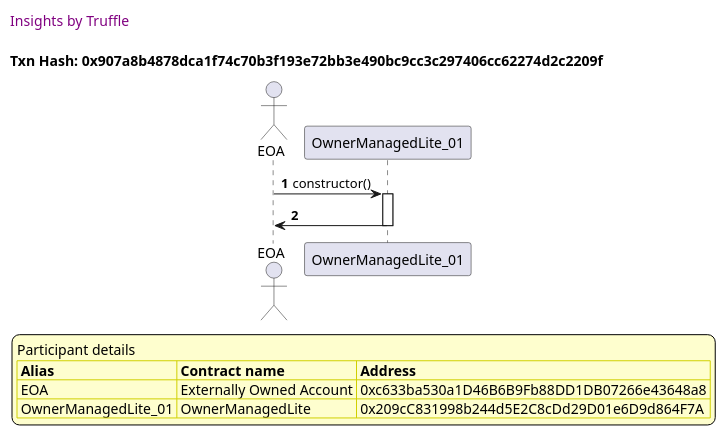
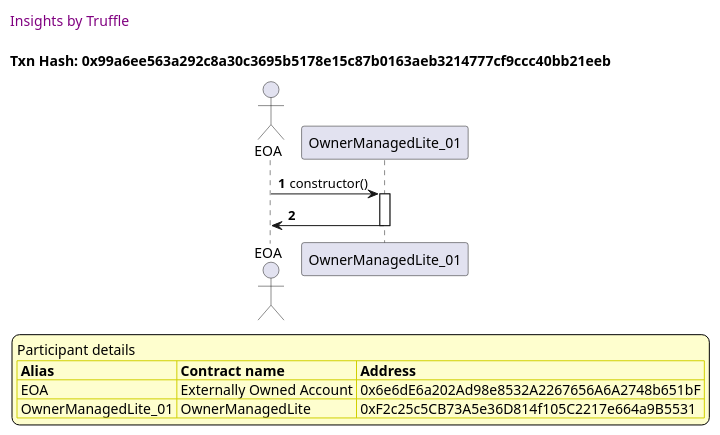
One commit to thedarkjester/ConsensysAssignment changed diagram 13 of 26 in truffle-seq/OwnerManagedLite_test_add_owner.md. Above: the diagram before and after it, drawn with PlantUML. The commit also changed other lines of this file and 13 other files, not shown here.

````diff
--- a/truffle-seq/OwnerManagedLite_test_add_owner.md
+++ b/truffle-seq/OwnerManagedLite_test_add_owner.md
@@ -600,37 +592,37 @@
 ```plantuml
 
 
 @startuml
 
 autonumber
 skinparam legendBackgroundColor #FEFECE
 
 <style>
       header {
         HorizontalAlignment left
         FontColor purple
         FontSize 14
         Padding 10
       }
     </style>
 
 header Insights by Truffle
 
-title Txn Hash: 0x907a8b4878dca1f74c70b3f193e72bb3e490bc9cc3c297406cc62274d2c2209f
+title Txn Hash: 0x99a6ee563a292c8a30c3695b5178e15c87b0163aeb3214777cf9ccc40bb21eeb
 
 
 actor EOA as "EOA"
 participant OwnerManagedLite_01 as "OwnerManagedLite_01"
 
 "EOA" -> "OwnerManagedLite_01" ++: constructor()
 "OwnerManagedLite_01" -> "EOA" --: 
 
 legend
 Participant details
 <#FEFECE,#D0D000>|= Alias |= Contract name |= Address |
-<#FEFECE>| EOA | Externally Owned Account | 0xc633ba530a1D46B6B9Fb88DD1DB07266e43648a8 |
-<#FEFECE>| OwnerManagedLite_01 | OwnerManagedLite | 0x209cC831998b244d5E2C8cDd29D01e6D9d864F7A |
+<#FEFECE>| EOA | Externally Owned Account | 0x6e6dE6a202Ad98e8532A2267656A6A2748b651bF |
+<#FEFECE>| OwnerManagedLite_01 | OwnerManagedLite | 0xF2c25c5CB73A5e36D814f105C2217e664a9B5531 |
 endlegend
 
 @enduml
 ```
````
